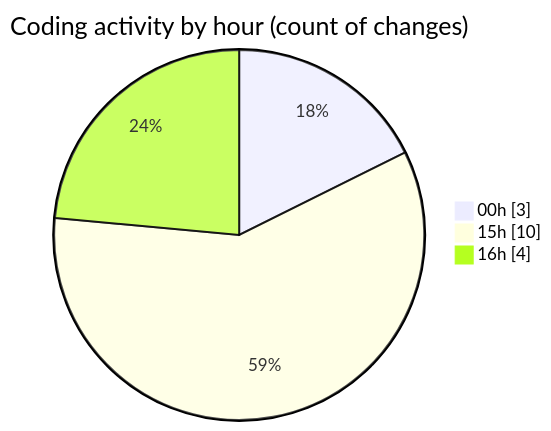
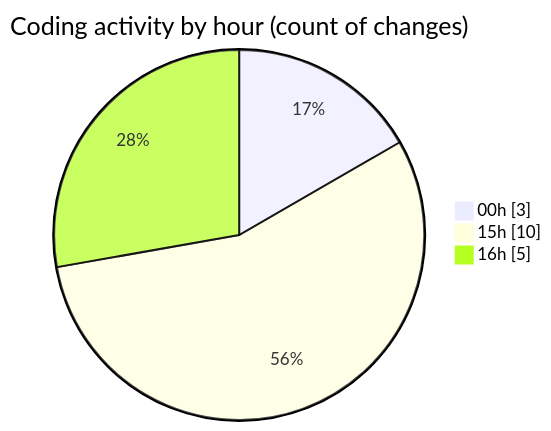
One commit to idhammustaqopulfikri/code-tracking changed the second of 2 diagrams in 2025-03-30/autodidak/README.md. Above: the diagram before and after it, drawn with Mermaid. The commit also changed other lines of this file and 1 other file, not shown here.

````diff
--- a/2025-03-30/autodidak/README.md
+++ b/2025-03-30/autodidak/README.md
@@ -34,7 +34,7 @@
 ```mermaid
 pie showData
 title Coding activity by hour (count of changes)
 "00h" : 3
 "15h" : 10
-"16h" : 4
+"16h" : 5
 ```
````
